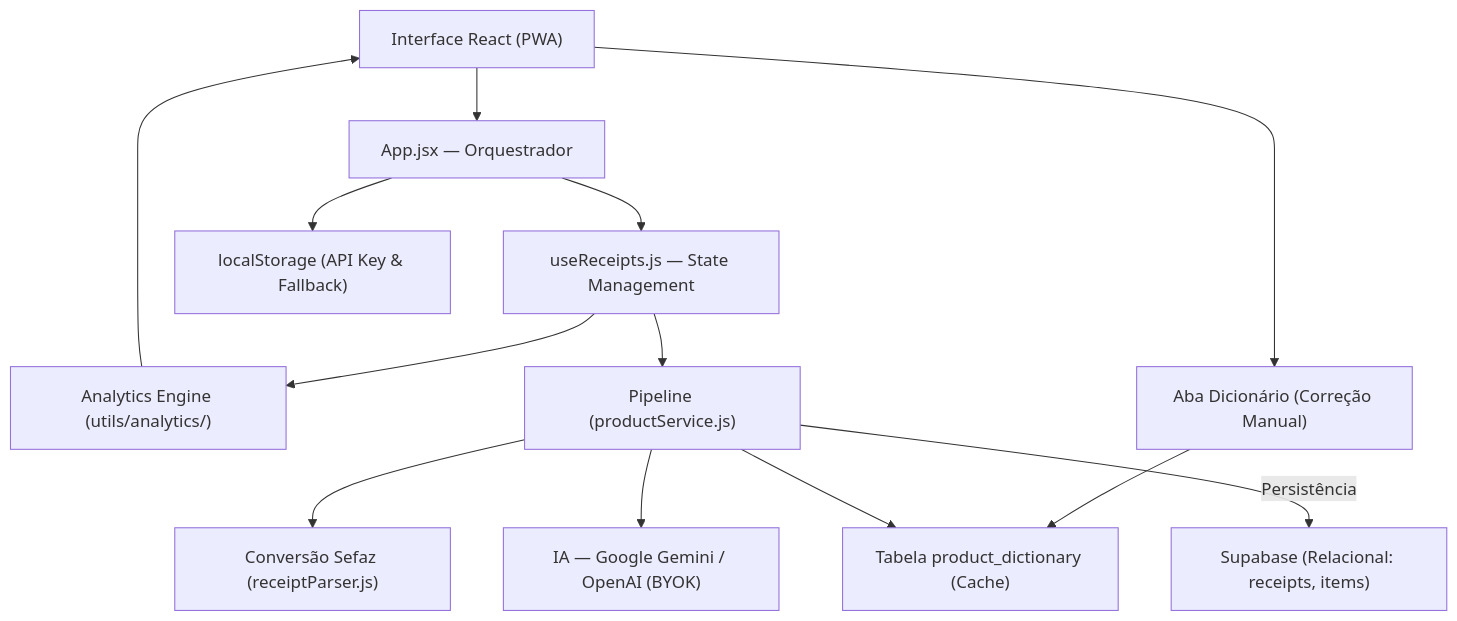
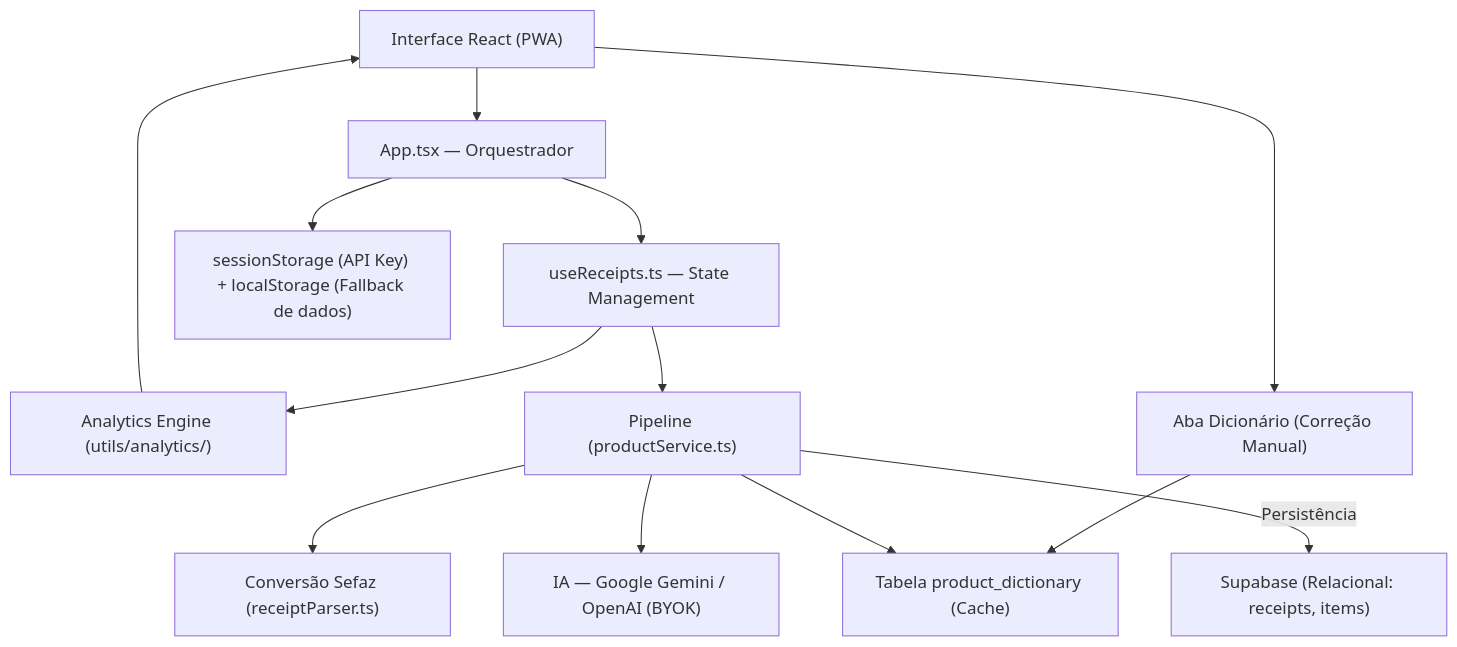
One commit to Bosguega/my_mercado changed the first of 2 diagrams in ARCHITECTURE.md. Above: the diagram before and after it, drawn with Mermaid. The commit also changed other lines of this file and 3 other files, not shown here.

Commit message:
feat: Implement AI-powered product normalization pipeline, add AI key management utilities, and update architecture documentation to reflect these changes and TypeScript adoption.

````diff
--- a/ARCHITECTURE.md
+++ b/ARCHITECTURE.md
@@ -38,27 +38,27 @@
 ```mermaid
 graph TD
     UI["Interface React (PWA)"]
-    App["App.jsx — Orquestrador"]
-    Hook["useReceipts.js — State Management"]
+    App["App.tsx — Orquestrador"]
+    Hook["useReceipts.ts — State Management"]
     Analytics["Analytics Engine (utils/analytics/)"]
-    Pipeline["Pipeline (productService.js)"]
-    Services["Conversão Sefaz (receiptParser.js)"]
+    Pipeline["Pipeline (productService.ts)"]
+    Services["Conversão Sefaz (receiptParser.ts)"]
     AI["IA — Google Gemini / OpenAI (BYOK)"]
     DictionaryTab["Aba Dicionário (Correção Manual)"]
     Dictionary["Tabela product_dictionary (Cache)"]
     Supabase["Supabase (Relacional: receipts, items)"]
-    LocalStorage["localStorage (API Key & Fallback)"]
+    LocalStorage["sessionStorage (API Key) + localStorage (Fallback de dados)"]
 
     UI --> App
     App --> Hook
     Hook --> Analytics
     Analytics --> UI
     Hook --> Pipeline
     UI --> DictionaryTab
     DictionaryTab --> Dictionary
     Pipeline --> Services
     Pipeline --> Dictionary
     Pipeline --> AI
     App --> LocalStorage
     Pipeline -- "Persistência" --> Supabase
 ```
````
